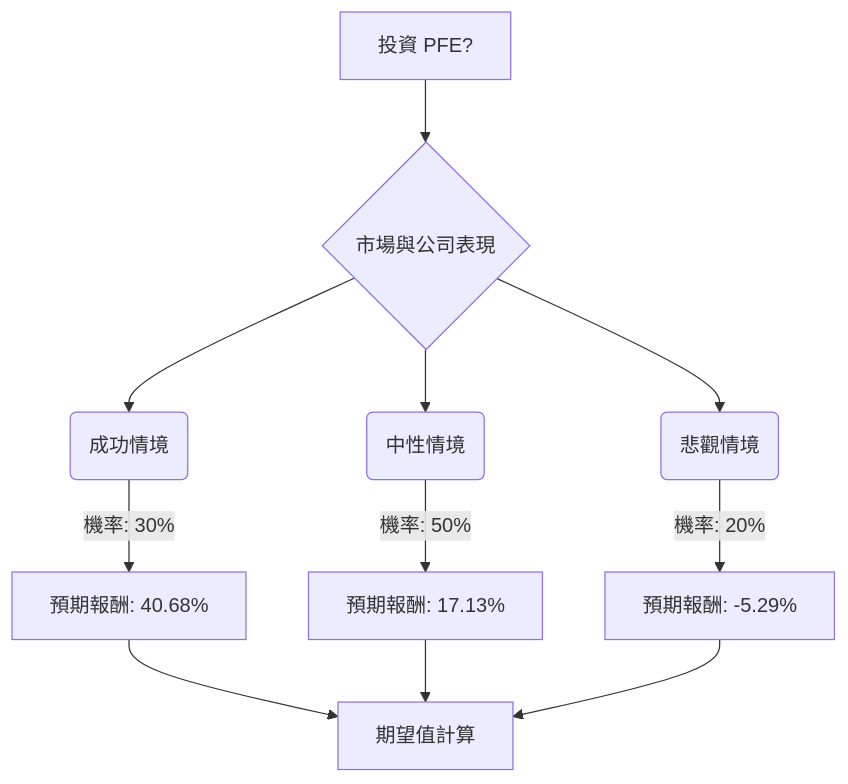
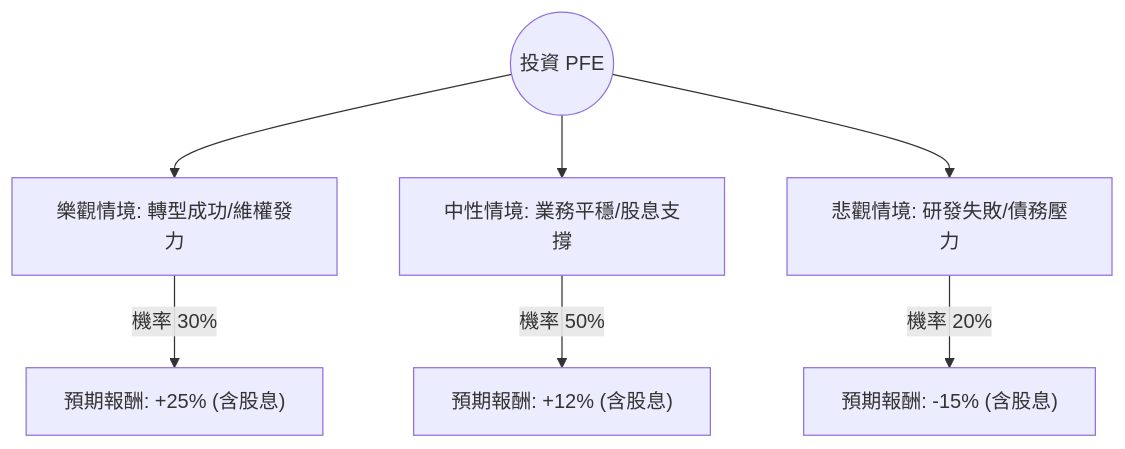
One commit to zmcx16/zmcx16.github.io changed the diagram in plugin-react/ai-analysis/ev-analysis/PFE.md. Above: the diagram before and after it, drawn with Mermaid. The commit also changed other lines of this file and 95 other files, not shown here.

````diff
--- a/plugin-react/ai-analysis/ev-analysis/PFE.md
+++ b/plugin-react/ai-analysis/ev-analysis/PFE.md
@@ -29,17 +21,10 @@
 ```mermaid
 graph TD
-    A[投資 PFE?] --> B{市場與公司表現}
+    Start((投資 PFE)) --> Bull[樂觀情境: 轉型成功/維權發力]
+    Start --> Base[中性情境: 業務平穩/股息支撐]
+    Start --> Bear[悲觀情境: 研發失敗/債務壓力]
 
-    B --> C1(成功情境)
-    C1 -- 機率: 30% --> D1[預期報酬: 40.68%]
-
-    B --> C2(中性情境)
-    C2 -- 機率: 50% --> D2[預期報酬: 17.13%]
-
-    B --> C3(悲觀情境)
-    C3 -- 機率: 20% --> D3[預期報酬: -5.29%]
-
-    D1 --> E[期望值計算]
-    D2 --> E
-    D3 --> E
+    Bull -- "機率 30%" --> BullVal["預期報酬: +25% (含股息)"]
+    Base -- "機率 50%" --> BaseVal["預期報酬: +12% (含股息)"]
+    Bear -- "機率 20%" --> BearVal["預期報酬: -15% (含股息)"]
 ```
````
